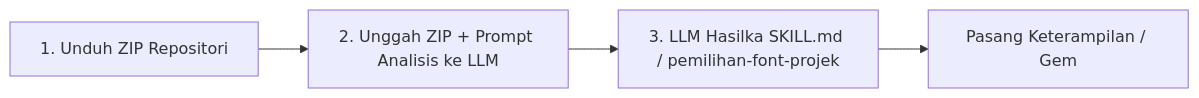
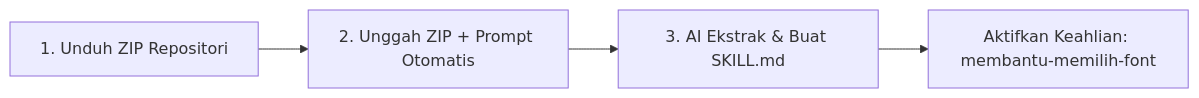
One commit to IR-0058/desain-font-terhadap-buatan-Intelijen changed the diagram in README.md. Above: the diagram before and after it, drawn with Mermaid. The commit also changed other lines of this file, not shown here.

````diff
--- a/README.md
+++ b/README.md
@@ -12,6 +14,6 @@
 ```mermaid
 graph LR
-    A[1. Unduh ZIP Repositori] --> B[2. Unggah ZIP + Prompt Analisis ke LLM]
-    B --> C[3. LLM Hasilka SKILL.md / pemilihan-font-projek]
-    C --> D[Pasang Keterampilan / Gem]
+    A[1. Unduh ZIP Repositori] --> B[2. Unggah ZIP + Prompt Otomatis]
+    B --> C[3. AI Ekstrak & Buat SKILL.md]
+    C --> D[Aktifkan Keahlian: membantu-memilih-font]
 ```
````
